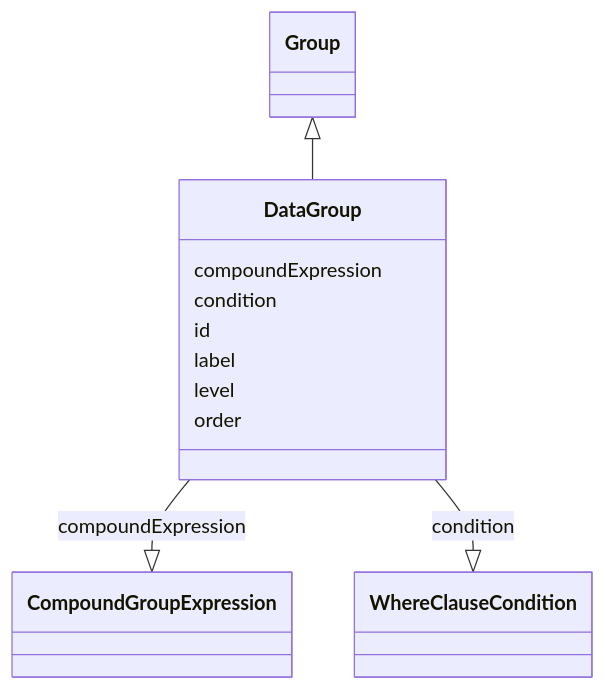
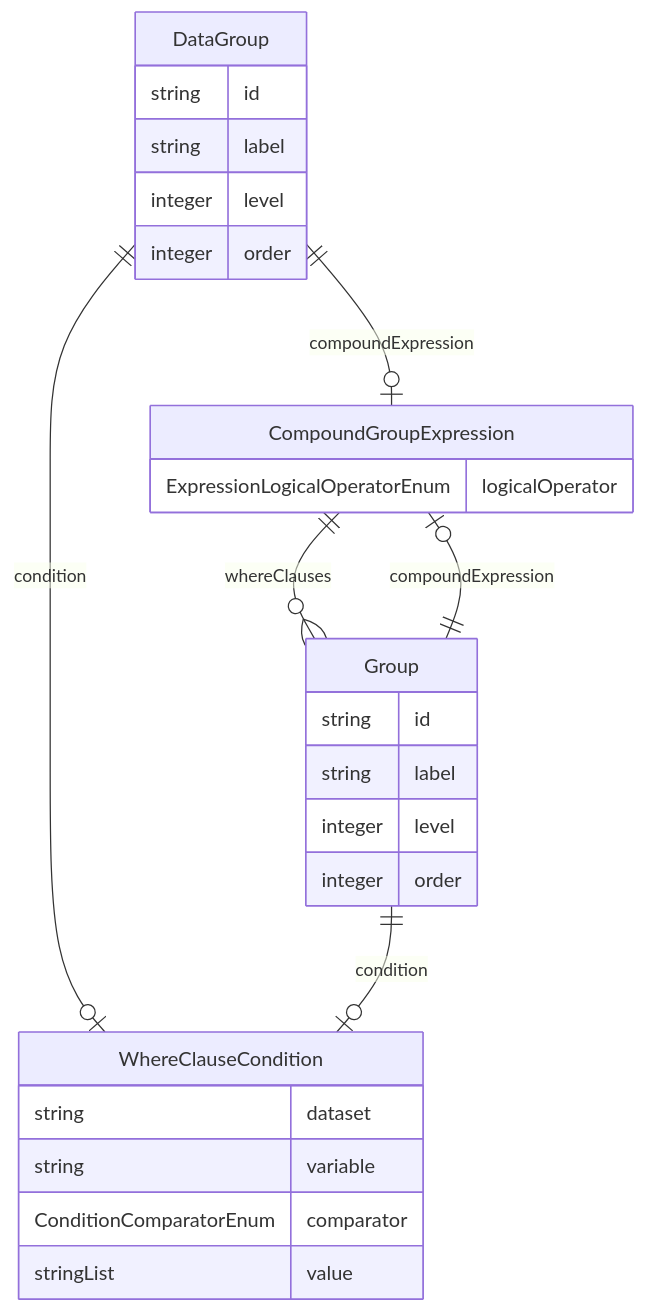
One commit to cdisc-org/analysis-results-standard changed the diagram in project/docs/DataGroup.md. Above: the diagram before and after it, drawn with Mermaid. The commit also changed 131 other files, not shown here.

Commit message:
Add top-level diagram to documentation

````diff
--- a/project/docs/DataGroup.md
+++ b/project/docs/DataGroup.md
@@ -14,23 +13,31 @@
 ```mermaid
- classDiagram
-    class DataGroup
-      Group <|-- DataGroup
-      
-      DataGroup : compoundExpression
-        
-          DataGroup --|> CompoundGroupExpression : compoundExpression
-        
-      DataGroup : condition
-        
-          DataGroup --|> WhereClauseCondition : condition
-        
-      DataGroup : id
-        
-      DataGroup : label
-        
-      DataGroup : level
-        
-      DataGroup : order
-        
-      
+erDiagram
+DataGroup {
+    string id  
+    string label  
+    integer level  
+    integer order  
+}
+CompoundGroupExpression {
+    ExpressionLogicalOperatorEnum logicalOperator  
+}
+Group {
+    string id  
+    string label  
+    integer level  
+    integer order  
+}
+WhereClauseCondition {
+    string dataset  
+    string variable  
+    ConditionComparatorEnum comparator  
+    stringList value  
+}
+
+DataGroup ||--|o WhereClauseCondition : "condition"
+DataGroup ||--|o CompoundGroupExpression : "compoundExpression"
+CompoundGroupExpression ||--}o Group : "whereClauses"
+Group ||--|o WhereClauseCondition : "condition"
+Group ||--|o CompoundGroupExpression : "compoundExpression"
+
 ```
````
